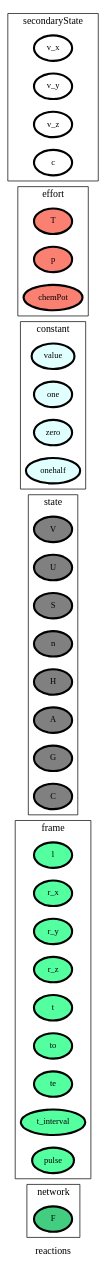
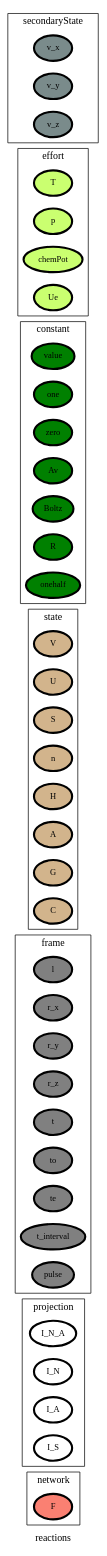
Before and after one commit to heinz-preisig/sandbox21: the diagram in ontology_graphs/graph__reactions.dot, drawn with Graphviz. The commit also changed 260 other files, not shown here.

```diff
--- a/ontology_graphs/graph__reactions.dot
+++ b/ontology_graphs/graph__reactions.dot
@@ -1,78 +1,85 @@
 digraph reactions {
 label=reactions;
 rankdir=LR;
 subgraph cluster_reactions___network {
 label=network;
 rankdir=LR;
-V_10 [fillcolor=seagreen3, fontsize=12, label=F, penwidth=3, style=filled];
+V_10 [fillcolor=salmon, fontsize=12, label=F, penwidth=3, style=filled];
 }
 
 subgraph cluster_reactions___projection {
 label=projection;
 rankdir=LR;
+V_48 [fillcolor=white, fontsize=12, label=I_N_A, penwidth=3, style=filled];
+V_96 [fillcolor=white, fontsize=12, label=I_N, penwidth=3, style=filled];
+V_97 [fillcolor=white, fontsize=12, label=I_A, penwidth=3, style=filled];
+V_98 [fillcolor=white, fontsize=12, label=I_S, penwidth=3, style=filled];
 }
 
 subgraph cluster_reactions___differenceOperator {
 label=differenceOperator;
 rankdir=LR;
 }
 
 subgraph cluster_reactions___frame {
 label=frame;
 rankdir=LR;
-V_11 [fillcolor=seagreen1, fontsize=12, label=l, penwidth=3, style=filled];
-V_12 [fillcolor=seagreen1, fontsize=12, label=r_x, penwidth=3, style=filled];
-V_13 [fillcolor=seagreen1, fontsize=12, label=r_y, penwidth=3, style=filled];
-V_14 [fillcolor=seagreen1, fontsize=12, label=r_z, penwidth=3, style=filled];
-V_4 [fillcolor=seagreen1, fontsize=12, label=t, penwidth=3, style=filled];
-V_5 [fillcolor=seagreen1, fontsize=12, label=to, penwidth=3, style=filled];
-V_6 [fillcolor=seagreen1, fontsize=12, label=te, penwidth=3, style=filled];
-V_7 [fillcolor=seagreen1, fontsize=12, label=t_interval, penwidth=3, style=filled];
-V_9 [fillcolor=seagreen1, fontsize=12, label=pulse, penwidth=3, style=filled];
+V_11 [fillcolor=grey, fontsize=12, label=l, penwidth=3, style=filled];
+V_12 [fillcolor=grey, fontsize=12, label=r_x, penwidth=3, style=filled];
+V_13 [fillcolor=grey, fontsize=12, label=r_y, penwidth=3, style=filled];
+V_14 [fillcolor=grey, fontsize=12, label=r_z, penwidth=3, style=filled];
+V_4 [fillcolor=grey, fontsize=12, label=t, penwidth=3, style=filled];
+V_5 [fillcolor=grey, fontsize=12, label=to, penwidth=3, style=filled];
+V_6 [fillcolor=grey, fontsize=12, label=te, penwidth=3, style=filled];
+V_7 [fillcolor=grey, fontsize=12, label=t_interval, penwidth=3, style=filled];
+V_9 [fillcolor=grey, fontsize=12, label=pulse, penwidth=3, style=filled];
 }
 
 subgraph cluster_reactions___state {
 label=state;
 rankdir=LR;
-V_15 [fillcolor=grey, fontsize=12, label=V, penwidth=3, style=filled];
-V_16 [fillcolor=grey, fontsize=12, label=U, penwidth=3, style=filled];
-V_17 [fillcolor=grey, fontsize=12, label=S, penwidth=3, style=filled];
-V_18 [fillcolor=grey, fontsize=12, label=n, penwidth=3, style=filled];
-V_22 [fillcolor=grey, fontsize=12, label=H, penwidth=3, style=filled];
-V_23 [fillcolor=grey, fontsize=12, label=A, penwidth=3, style=filled];
-V_24 [fillcolor=grey, fontsize=12, label=G, penwidth=3, style=filled];
-V_25 [fillcolor=grey, fontsize=12, label=C, penwidth=3, style=filled];
+V_15 [fillcolor=tan, fontsize=12, label=V, penwidth=3, style=filled];
+V_16 [fillcolor=tan, fontsize=12, label=U, penwidth=3, style=filled];
+V_17 [fillcolor=tan, fontsize=12, label=S, penwidth=3, style=filled];
+V_18 [fillcolor=tan, fontsize=12, label=n, penwidth=3, style=filled];
+V_22 [fillcolor=tan, fontsize=12, label=H, penwidth=3, style=filled];
+V_23 [fillcolor=tan, fontsize=12, label=A, penwidth=3, style=filled];
+V_24 [fillcolor=tan, fontsize=12, label=G, penwidth=3, style=filled];
+V_25 [fillcolor=tan, fontsize=12, label=C, penwidth=3, style=filled];
 }
 
 subgraph cluster_reactions___constant {
 label=constant;
 rankdir=LR;
-V_1 [fillcolor=lightcyan, fontsize=12, label=value, penwidth=3, style=filled];
-V_2 [fillcolor=lightcyan, fontsize=12, label=one, penwidth=3, style=filled];
-V_3 [fillcolor=lightcyan, fontsize=12, label=zero, penwidth=3, style=filled];
-V_8 [fillcolor=lightcyan, fontsize=12, label=onehalf, penwidth=3, style=filled];
+V_1 [fillcolor=green, fontsize=12, label=value, penwidth=3, style=filled];
+V_2 [fillcolor=green, fontsize=12, label=one, penwidth=3, style=filled];
+V_3 [fillcolor=green, fontsize=12, label=zero, penwidth=3, style=filled];
+V_32 [fillcolor=green, fontsize=12, label=Av, penwidth=3, style=filled];
+V_33 [fillcolor=green, fontsize=12, label=Boltz, penwidth=3, style=filled];
+V_34 [fillcolor=green, fontsize=12, label=R, penwidth=3, style=filled];
+V_8 [fillcolor=green, fontsize=12, label=onehalf, penwidth=3, style=filled];
 }
 
 subgraph cluster_reactions___effort {
 label=effort;
 rankdir=LR;
-V_19 [fillcolor=salmon, fontsize=12, label=T, penwidth=3, style=filled];
-V_20 [fillcolor=salmon, fontsize=12, label=p, penwidth=3, style=filled];
-V_21 [fillcolor=salmon, fontsize=12, label=chemPot, penwidth=3, style=filled];
+V_19 [fillcolor=darkolivegreen1, fontsize=12, label=T, penwidth=3, style=filled];
+V_20 [fillcolor=darkolivegreen1, fontsize=12, label=p, penwidth=3, style=filled];
+V_21 [fillcolor=darkolivegreen1, fontsize=12, label=chemPot, penwidth=3, style=filled];
+V_35 [fillcolor=darkolivegreen1, fontsize=12, label=Ue, penwidth=3, style=filled];
 }
 
 subgraph cluster_reactions___secondaryState {
 label=secondaryState;
 rankdir=LR;
-V_28 [fillcolor=white, fontsize=12, label=v_x, penwidth=3, style=filled];
-V_29 [fillcolor=white, fontsize=12, label=v_y, penwidth=3, style=filled];
-V_30 [fillcolor=white, fontsize=12, label=v_z, penwidth=3, style=filled];
-V_31 [fillcolor=white, fontsize=12, label=c, penwidth=3, style=filled];
+V_27 [fillcolor=lightcyan4, fontsize=12, label=v_x, penwidth=3, style=filled];
+V_28 [fillcolor=lightcyan4, fontsize=12, label=v_y, penwidth=3, style=filled];
+V_29 [fillcolor=lightcyan4, fontsize=12, label=v_z, penwidth=3, style=filled];
 }
 
 subgraph cluster_reactions___diffState {
 label=diffState;
 rankdir=LR;
 }
 
 }
```
